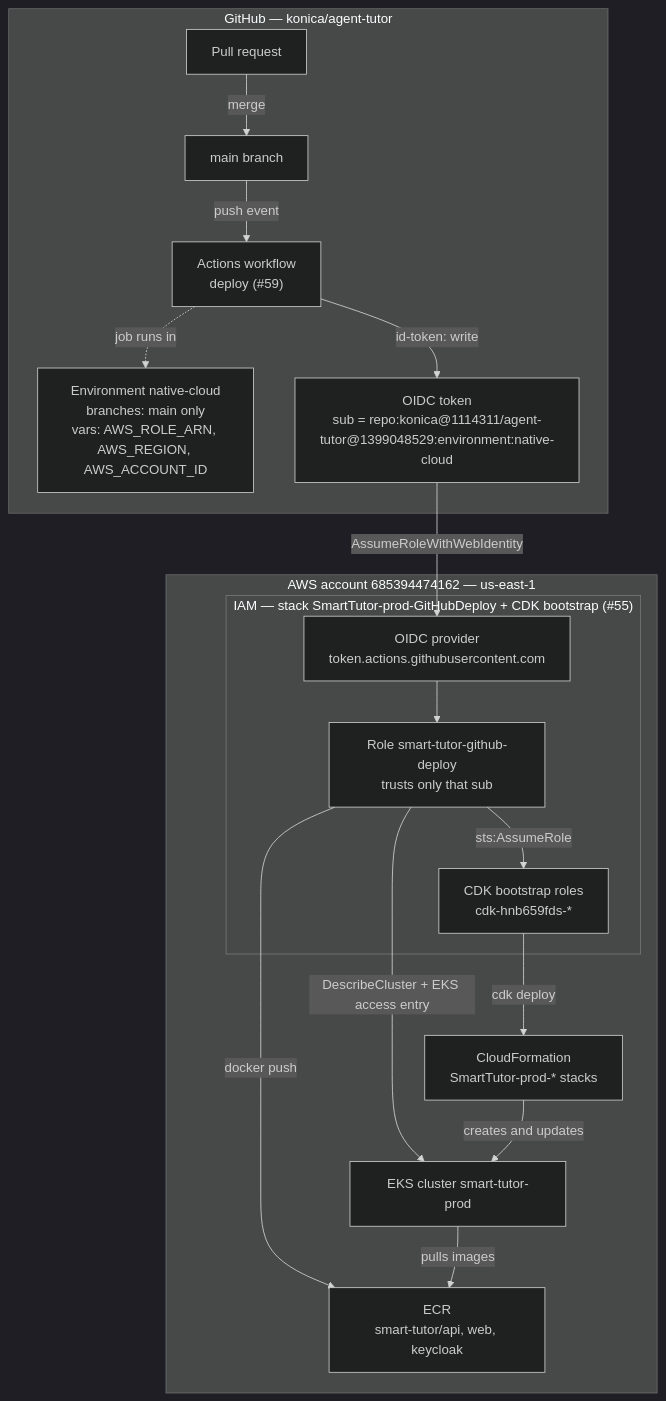
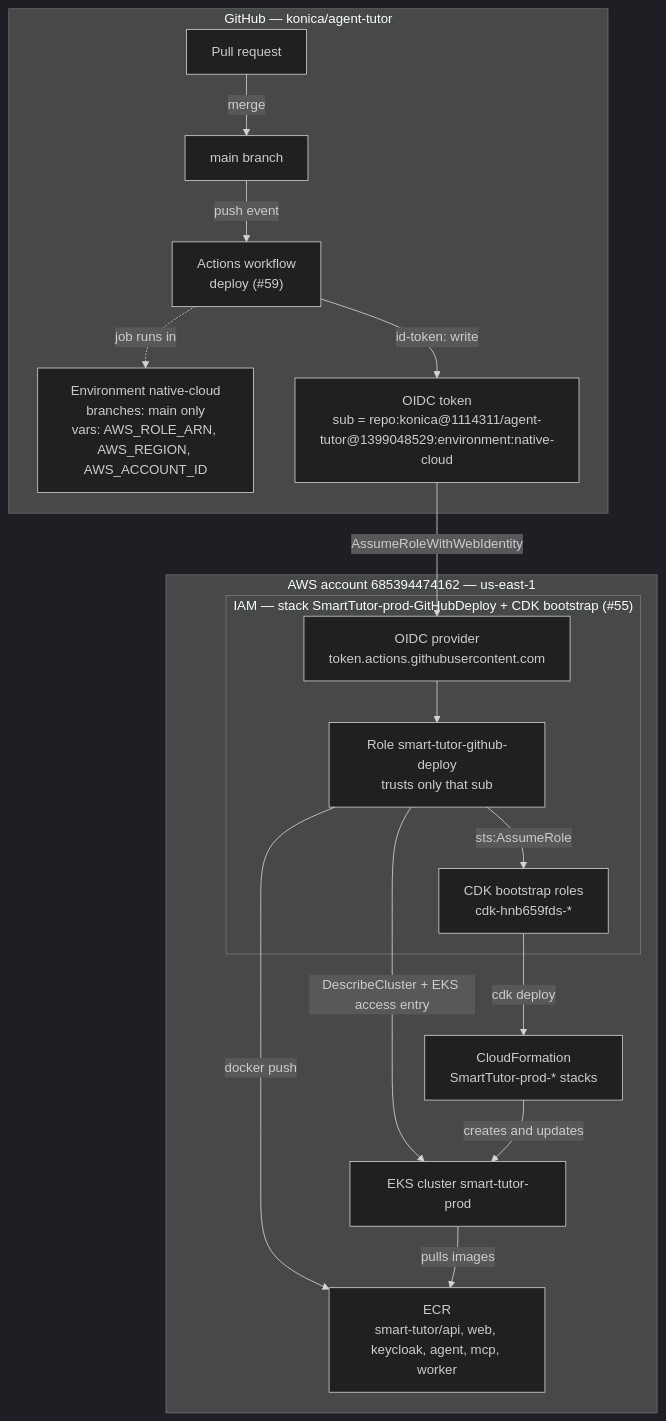
The first of 5 diagrams in docs/runbooks/pilot-environment-overview.md (konica/agent-tutor), drawn with Mermaid (dark theme) before and after one commit. The commit also changed other lines of this file and 8 other files, not shown here.

````diff
--- a/docs/runbooks/pilot-environment-overview.md
+++ b/docs/runbooks/pilot-environment-overview.md
@@ -11,27 +11,27 @@
 ```mermaid
 flowchart TB
   subgraph GH["GitHub — konica/agent-tutor"]
     PR["Pull request"] -->|merge| MAIN["main branch"]
     MAIN -->|push event| WF["Actions workflow<br/>deploy (#59)"]
     WF -.->|"job runs in"| ENV["Environment native-cloud<br/>branches: main only<br/>vars: AWS_ROLE_ARN, AWS_REGION, AWS_ACCOUNT_ID"]
     WF -->|"id-token: write"| TOK["OIDC token<br/>sub = repo:konica@1114311/agent-tutor@1399048529:environment:native-cloud"]
   end
 
   subgraph AWS["AWS account 685394474162 — us-east-1"]
     subgraph IAM["IAM — stack SmartTutor-prod-GitHubDeploy + CDK bootstrap (#55)"]
       OIDC["OIDC provider<br/>token.actions.githubusercontent.com"]
       ROLE["Role smart-tutor-github-deploy<br/>trusts only that sub"]
       CDKR["CDK bootstrap roles<br/>cdk-hnb659fds-*"]
     end
     CFN["CloudFormation<br/>SmartTutor-prod-* stacks"]
-    ECR["ECR<br/>smart-tutor/api, web, keycloak"]
+    ECR["ECR<br/>smart-tutor/api, web, keycloak, agent, mcp, worker"]
     EKS["EKS cluster smart-tutor-prod"]
   end
 
   TOK -->|"AssumeRoleWithWebIdentity"| OIDC --> ROLE
   ROLE -->|"sts:AssumeRole"| CDKR -->|"cdk deploy"| CFN
   ROLE -->|"docker push"| ECR
   ROLE -->|"DescribeCluster + EKS access entry"| EKS
   CFN -->|creates and updates| EKS
   EKS -->|pulls images| ECR
 ```
````
